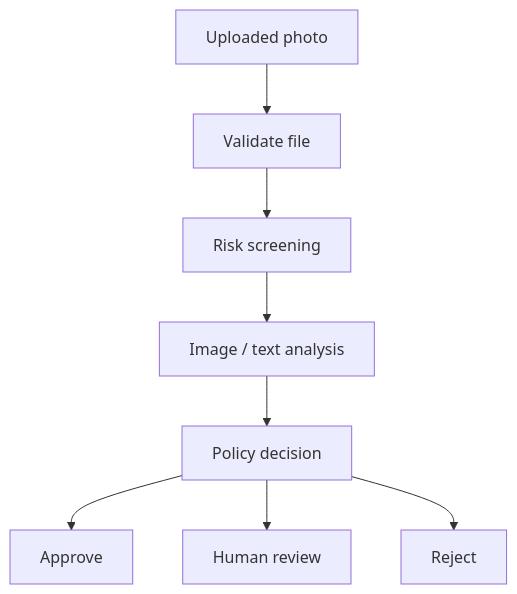
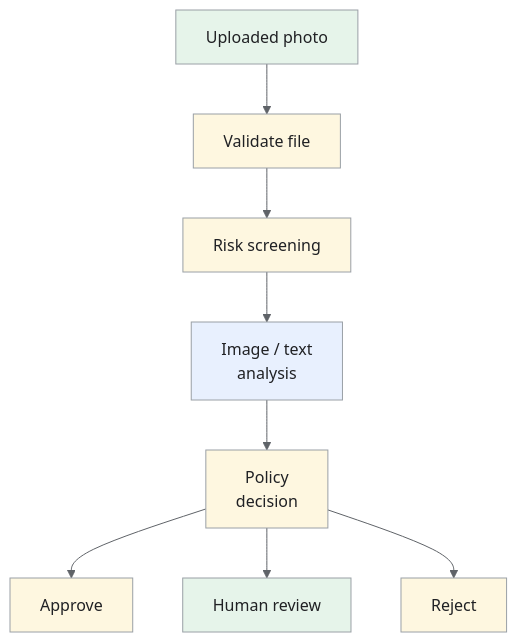
The fifth of 5 diagrams in _designs/yelp.md (iliazlobin/iliazlobin.github.io), drawn with Mermaid before and after one commit. The commit also changed other lines of this file and 131 other files, not shown here.

````diff
--- a/_designs/yelp.md
+++ b/_designs/yelp.md
@@ -233,10 +351,18 @@
 ```mermaid
+%%{init: {"theme":"base","themeVariables":{"primaryColor":"#e8f0fe","primaryBorderColor":"#9aa0a6","primaryTextColor":"#202124","secondaryColor":"#e6f4ea","tertiaryColor":"#fef7e0","lineColor":"#5f6368","actorBkg":"#e8f0fe","actorBorder":"#9aa0a6","actorTextColor":"#202124","noteBkgColor":"#fef7e0","noteBorderColor":"#9aa0a6","noteTextColor":"#202124","signalColor":"#5f6368","signalTextColor":"#202124"}}}%%
 flowchart TB
   P["Uploaded photo"] --> V["Validate file"]
   V --> R["Risk screening"]
-  R --> C["Image / text analysis"]
-  C --> D["Policy decision"]
+  R --> C["Image / text<br>analysis"]
+  C --> D["Policy<br>decision"]
   D --> A["Approve"]
   D --> H["Human review"]
   D --> X["Reject"]
+classDef request fill:#e8f0fe,stroke:#9aa0a6,color:#202124;
+classDef data fill:#e6f4ea,stroke:#9aa0a6,color:#202124;
+classDef control fill:#fef7e0,stroke:#9aa0a6,color:#202124;
+class C request;
+class P,H data;
+class V,R,D,A,X control;
+
 ```
````
